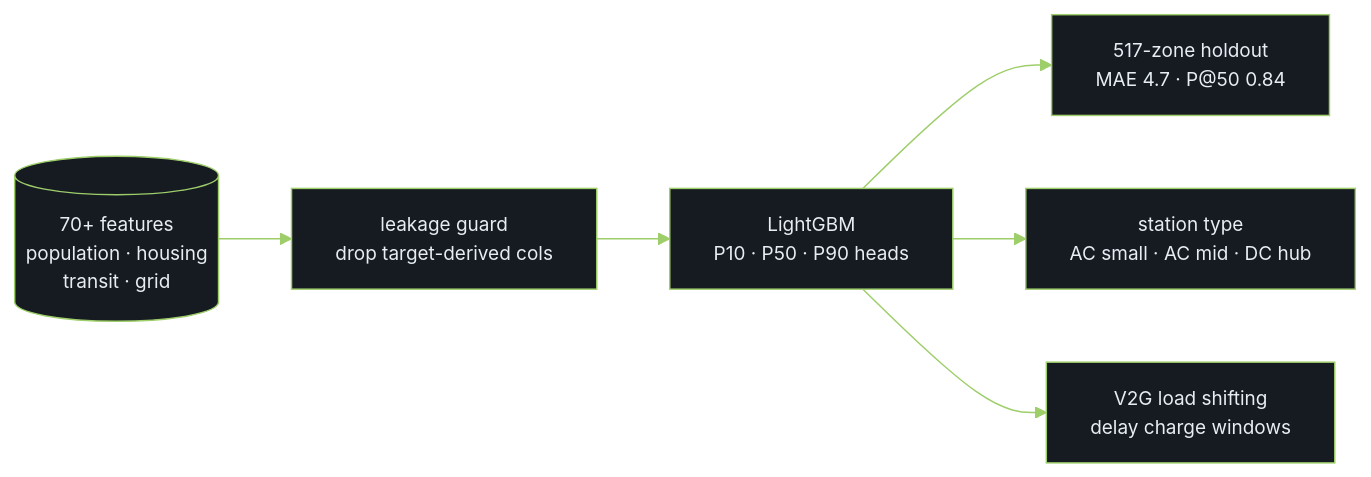
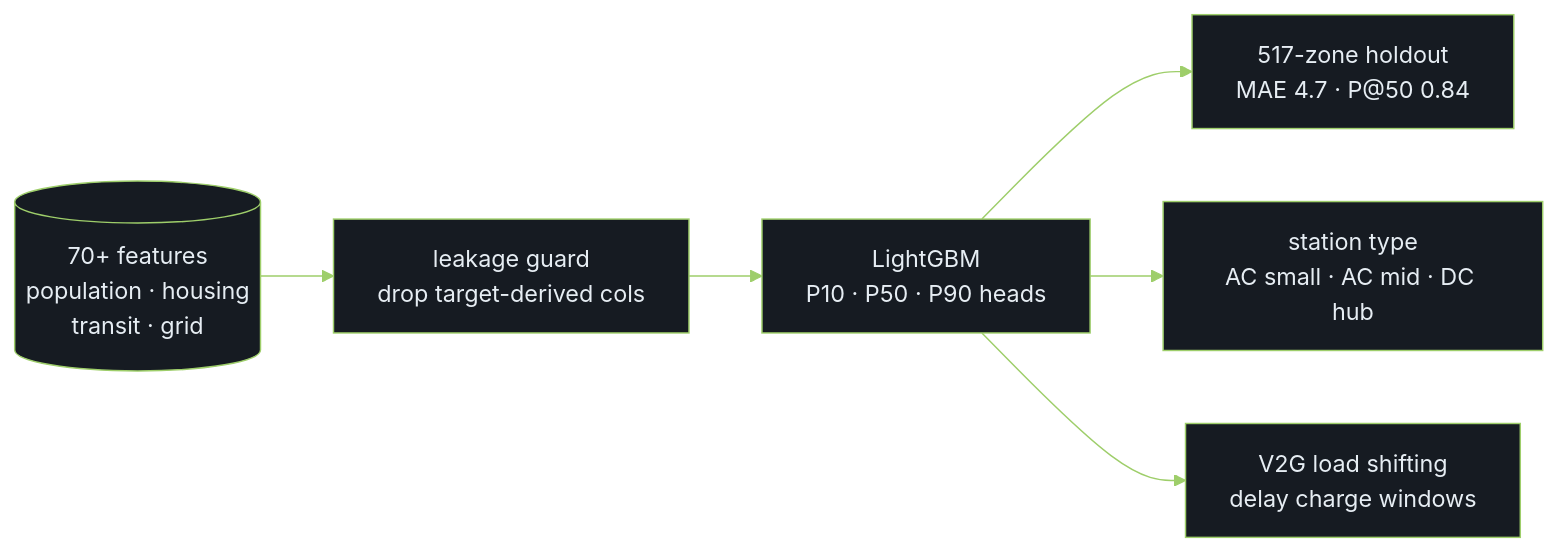
Before and after one commit to cufelix/cufelix: the second of 3 diagrams in README.md, drawn with Mermaid. The commit also changed other lines of this file, not shown here.

Commit message:
docs: add production section (OFC Poker, Pripoj.to, Fantastické obědy), fix diagram font

````diff
--- a/README.md
+++ b/README.md
@@ -82,9 +101,9 @@
 ```mermaid
-%%{init: {'theme':'base','themeVariables':{'fontFamily':'ui-monospace, monospace','fontSize':'13px','primaryColor':'#161b22','primaryTextColor':'#e6edf3','primaryBorderColor':'#9ece6a','lineColor':'#9ece6a'}}}%%
+%%{init: {'theme':'base','themeVariables':{'primaryColor':'#161b22','primaryTextColor':'#e6edf3','primaryBorderColor':'#9ece6a','lineColor':'#9ece6a'}}}%%
 flowchart LR
     D[(70+ features<br/>population · housing<br/>transit · grid)] --> L[leakage guard<br/>drop target-derived cols]
     L --> M[LightGBM<br/>P10 · P50 · P90 heads]
     M --> H[517-zone holdout<br/>MAE 4.7 · P@50 0.84]
     M --> C[station type<br/>AC small · AC mid · DC hub]
     M --> G[V2G load shifting<br/>delay charge windows]
 ```
````
